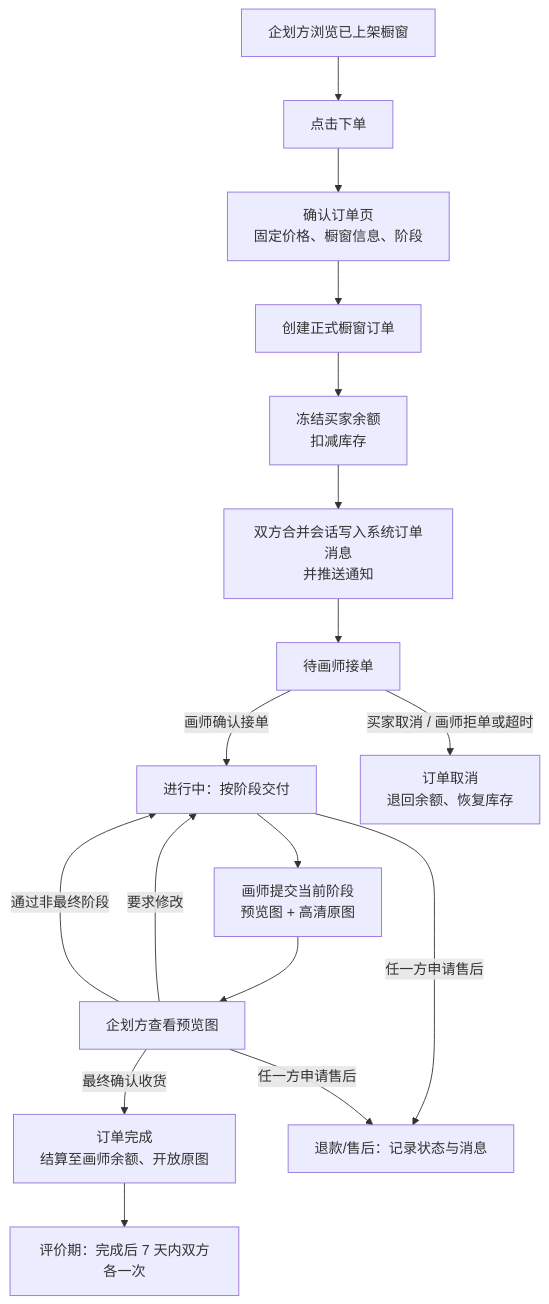
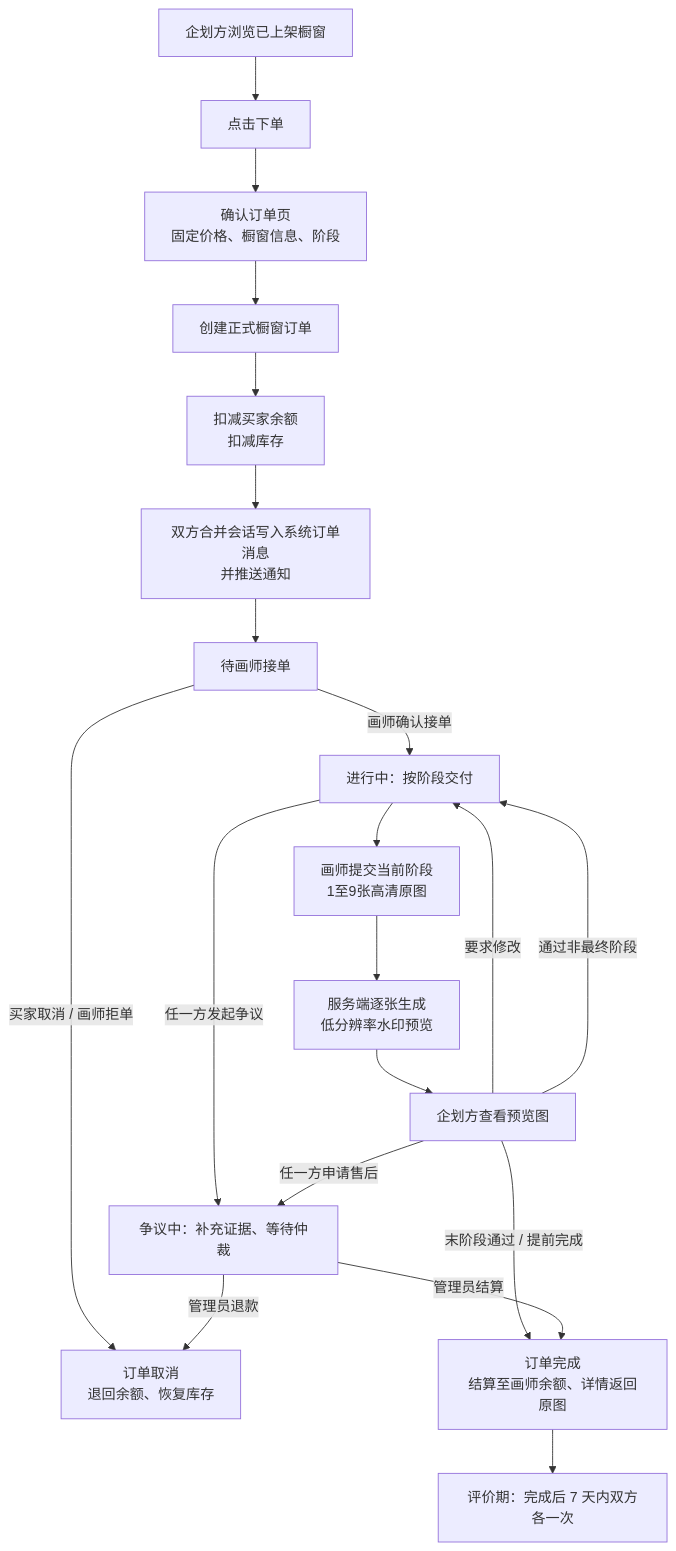
The diagram in docs/功能流程/橱窗订单交易状态流转.mmd (shizunana/Artiv), drawn with Mermaid before and after one commit. The commit also changed 35 other files, not shown here.

```diff
--- a/docs/功能流程/橱窗订单交易状态流转.mmd
+++ b/docs/功能流程/橱窗订单交易状态流转.mmd
@@ -1,18 +1,22 @@
 flowchart TD
+  %% 2026-09-05 依据 fec304f 静态同步；文件直链尚未鉴权，无自动超时取消。
   A[企划方浏览已上架橱窗] --> B[点击下单]
   B --> C[确认订单页\n固定价格、橱窗信息、阶段]
   C --> D[创建正式橱窗订单]
-  D --> E[冻结买家余额\n扣减库存]
+  D --> E[扣减买家余额\n扣减库存]
   E --> F[双方合并会话写入系统订单消息\n并推送通知]
   F --> G[待画师接单]
 
   G -->|画师确认接单| H[进行中：按阶段交付]
-  G -->|买家取消 / 画师拒单或超时| X[订单取消\n退回余额、恢复库存]
-  H --> I[画师提交当前阶段\n预览图 + 高清原图]
-  I --> J[企划方查看预览图]
+  G -->|买家取消 / 画师拒单| X[订单取消\n退回余额、恢复库存]
+  H --> I[画师提交当前阶段\n1至9张高清原图]
+  I --> I1[服务端逐张生成\n低分辨率水印预览]
+  I1 --> J[企划方查看预览图]
   J -->|要求修改| H
   J -->|通过非最终阶段| H
-  J -->|最终确认收货| K[订单完成\n结算至画师余额、开放原图]
+  J -->|末阶段通过 / 提前完成| K[订单完成\n结算至画师余额、详情返回原图]
   K --> L[评价期：完成后 7 天内双方各一次]
-  H -->|任一方申请售后| N[退款/售后：记录状态与消息]
+  H -->|任一方发起争议| N[争议中：补充证据、等待仲裁]
   J -->|任一方申请售后| N
+  N -->|管理员结算| K
+  N -->|管理员退款| X
```
